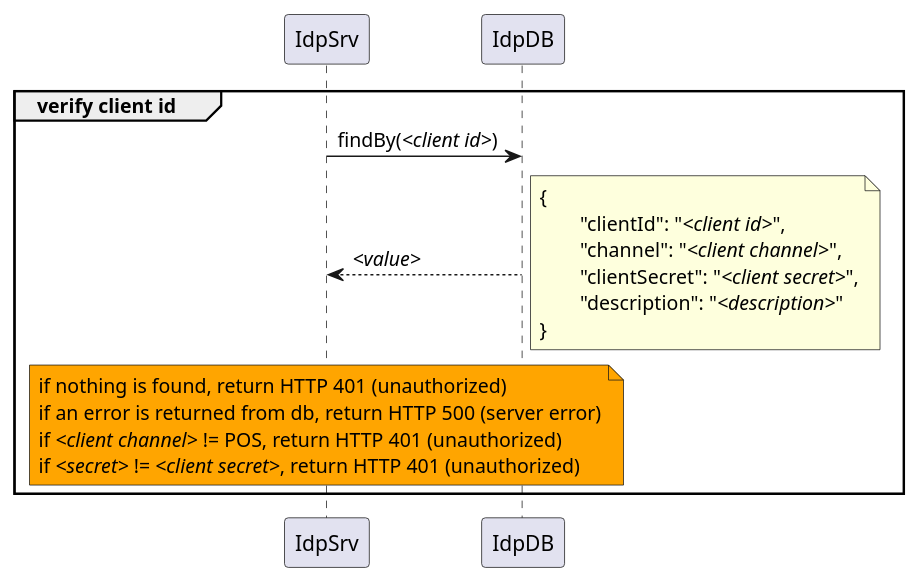
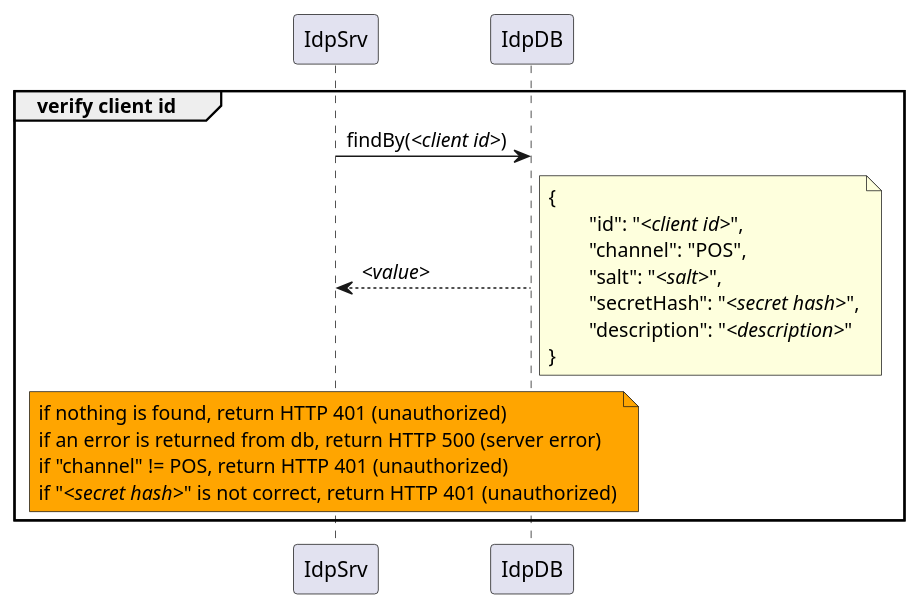
Before and after one commit to pagopa/mil-diags: the diagram in sequence_diags/auth/vas_layer/verify_client_id.puml, drawn with PlantUML. The commit also changed 16 other files, not shown here.

```diff
--- a/sequence_diags/auth/vas_layer/verify_client_id.puml
+++ b/sequence_diags/auth/vas_layer/verify_client_id.puml
@@ -1,22 +1,23 @@
 @startuml
 group verify client id
 	IdpSrv -> IdpDB : findBy(//<client id>//)
 
 		IdpDB --> IdpSrv : //<value>//
 		note right
 			{
-				"clientId": "//<client id>//",
-				"channel": "//<client channel>//",
-				"clientSecret": "//<client secret>//",
+				"id": "//<client id>//",
+				"channel": "POS",
+				"salt": "//<salt>//",
+				"secretHash": "//<secret hash>//",
 				"description": "//<description>//"
 			}
 		end note
 
 	note over IdpSrv #Orange
 		if nothing is found, return HTTP 401 (unauthorized)
 		if an error is returned from db, return HTTP 500 (server error)
-		if //<client channel>// != POS, return HTTP 401 (unauthorized)
-		if //<secret>// != //<client secret>//, return HTTP 401 (unauthorized)
+		if "channel" != POS, return HTTP 401 (unauthorized)
+		if "//<secret hash>//" is not correct, return HTTP 401 (unauthorized)
 	end note
 end
 @enduml
```
